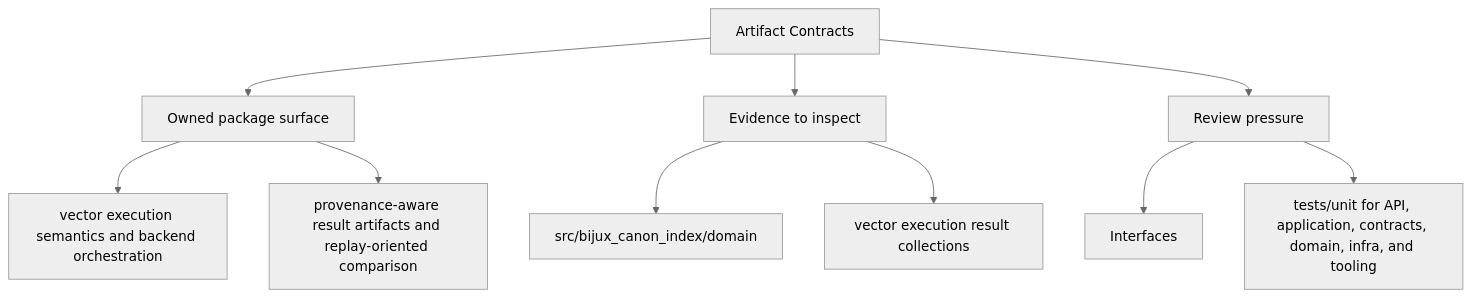
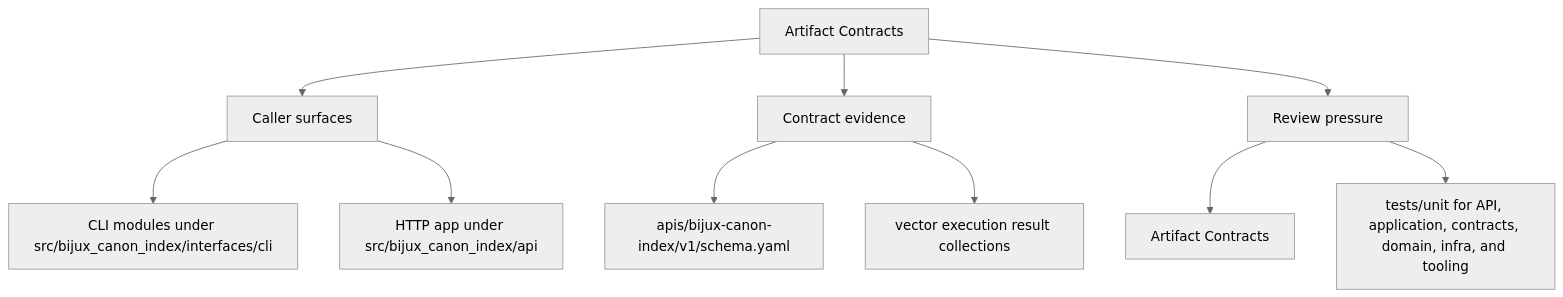
The second of 2 diagrams in docs/bijux-canon-index/interfaces/artifact-contracts.md (bijux/bijux-canon), drawn with Mermaid (neutral theme) before and after one commit. The commit also changed other lines of this file and 250 other files, not shown here.

Commit message:
docs(diagrams): make product page maps more readable

````diff
--- a/docs/bijux-canon-index/interfaces/artifact-contracts.md
+++ b/docs/bijux-canon-index/interfaces/artifact-contracts.md
@@ -35,22 +35,22 @@
 ```mermaid
 flowchart TD
     page["Artifact Contracts"]
-    focus1["Owned package surface"]
+    focus1["Caller surfaces"]
     page --> focus1
-    focus1_1["vector execution semantics and backend orchestration"]
+    focus1_1["CLI modules under src/bijux_canon_index/interfaces/cli"]
     focus1 --> focus1_1
-    focus1_2["provenance-aware result artifacts and replay-oriented comparison"]
+    focus1_2["HTTP app under src/bijux_canon_index/api"]
     focus1 --> focus1_2
-    focus2["Evidence to inspect"]
+    focus2["Contract evidence"]
     page --> focus2
-    focus2_1["src/bijux_canon_index/domain"]
+    focus2_1["apis/bijux-canon-index/v1/schema.yaml"]
     focus2 --> focus2_1
     focus2_2["vector execution result collections"]
     focus2 --> focus2_2
     focus3["Review pressure"]
     page --> focus3
-    focus3_1["Interfaces"]
+    focus3_1["Artifact Contracts"]
     focus3 --> focus3_1
     focus3_2["tests/unit for API, application, contracts, domain, infra, and tooling"]
     focus3 --> focus3_2
 ```
````
